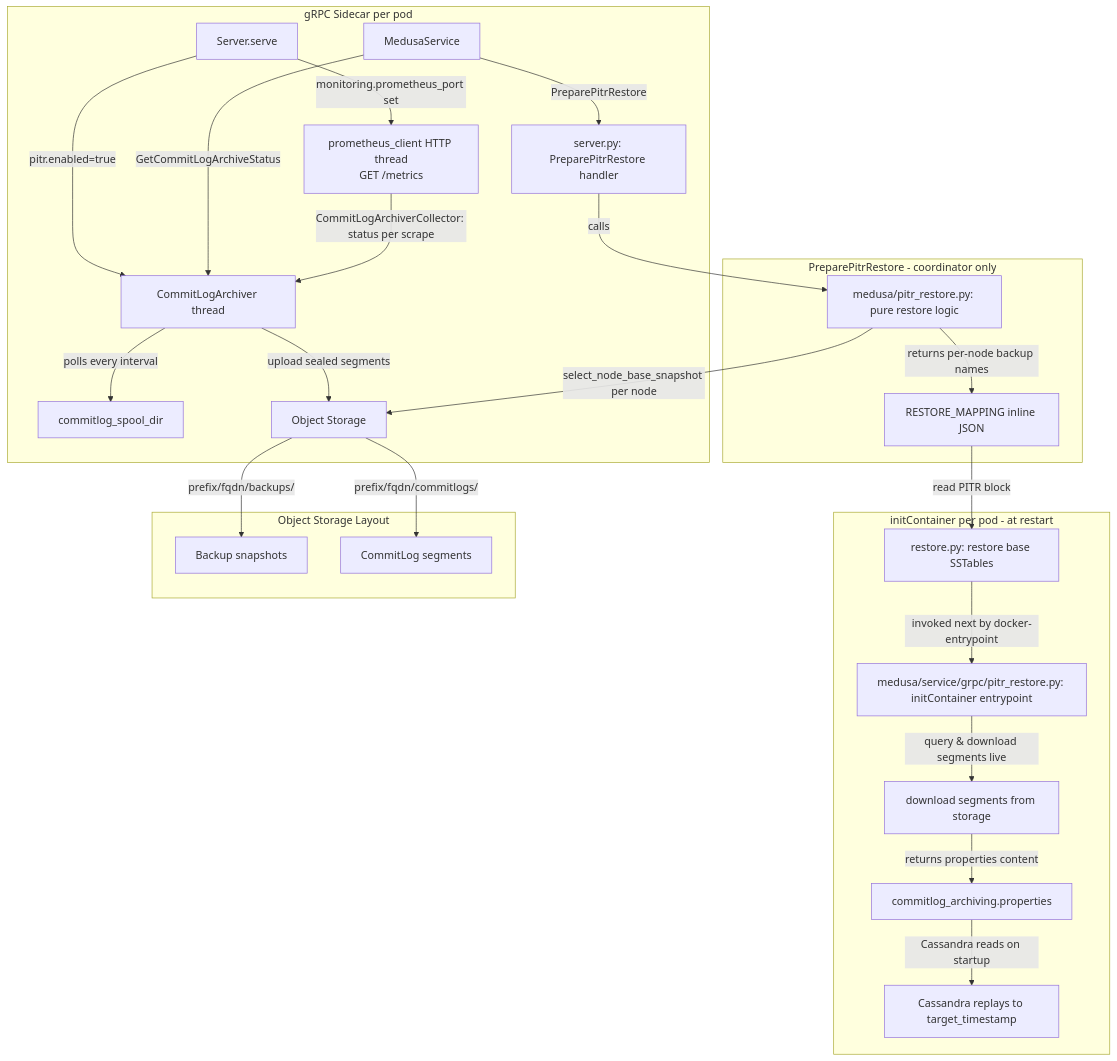
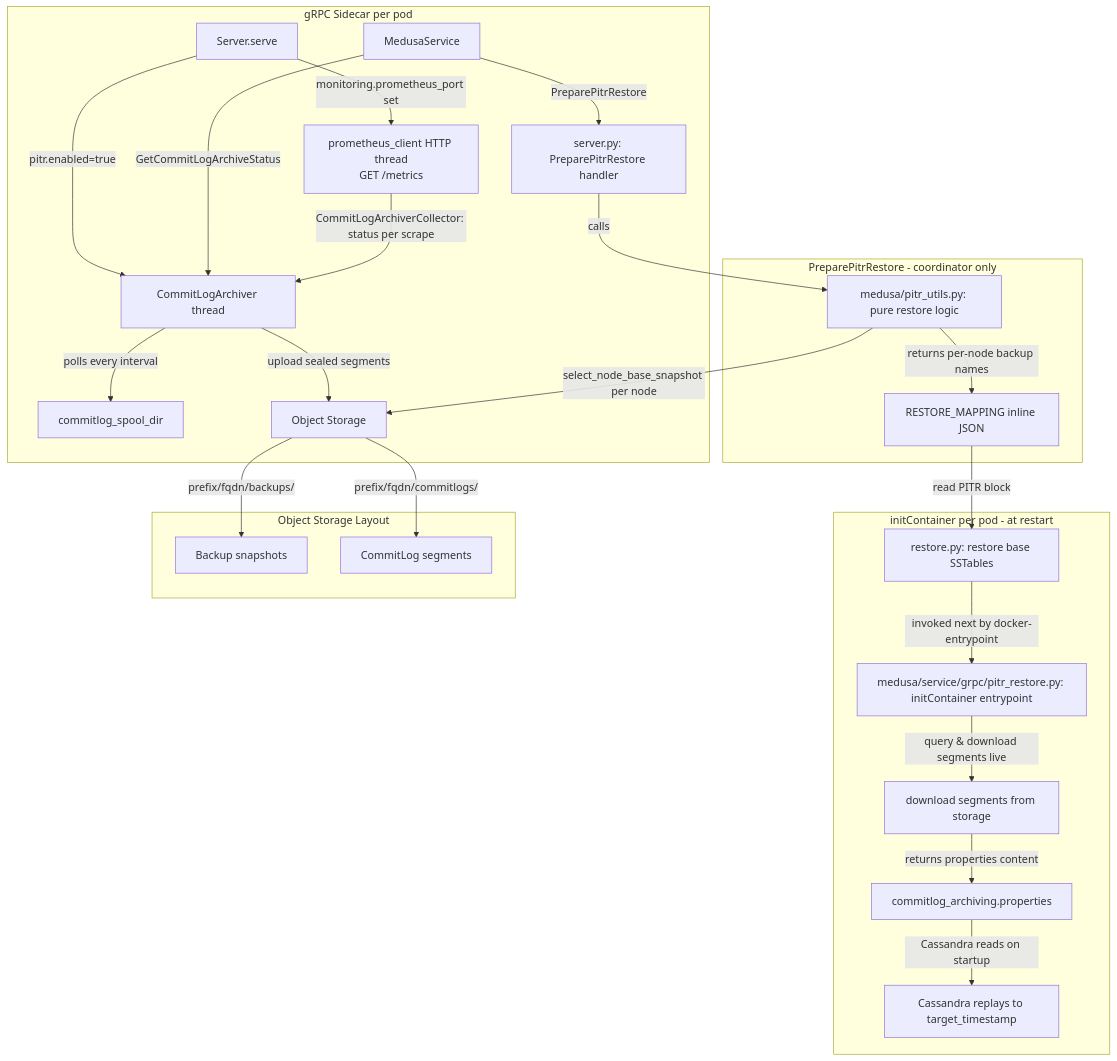
One commit to thelastpickle/cassandra-medusa changed the first of 2 diagrams in docs/superpowers/specs/pitr-design-doc.md. Above: the diagram before and after it, drawn with Mermaid. The commit also changed other lines of this file and 14 other files, not shown here.

Commit message:
implement PITR-10 restore entrypoint (#1069)

````diff
--- a/docs/superpowers/specs/pitr-design-doc.md
+++ b/docs/superpowers/specs/pitr-design-doc.md
@@ -100,31 +100,31 @@
 ```mermaid
 graph TD
     subgraph gRPC Sidecar per pod
         S[Server.serve] -->|pitr.enabled=true| A[CommitLogArchiver thread]
         A -->|polls every interval| CL[commitlog_spool_dir]
         A -->|upload sealed segments| OS[Object Storage]
         SVC[MedusaService] -->|GetCommitLogArchiveStatus| A
         SVC -->|PreparePitrRestore| RPC_HANDLER[server.py: PreparePitrRestore handler]
         S -->|monitoring.prometheus_port set| METRICS[prometheus_client HTTP thread<br/>GET /metrics]
         METRICS -->|CommitLogArchiverCollector: status per scrape| A
     end
 
     subgraph PreparePitrRestore - coordinator only
-        RPC_HANDLER -->|calls| PITR_MODULE[medusa/pitr_restore.py: pure restore logic]
+        RPC_HANDLER -->|calls| PITR_MODULE[medusa/pitr_utils.py: pure restore logic]
         PITR_MODULE -->|select_node_base_snapshot per node| OS
         PITR_MODULE -->|returns per-node backup names| RM[RESTORE_MAPPING inline JSON]
     end
 
     subgraph initContainer per pod - at restart
         RM -->|read PITR block| RC[restore.py: restore base SSTables]
         RC -->|invoked next by docker-entrypoint| PR[medusa/service/grpc/pitr_restore.py: initContainer entrypoint]
         PR -->|query & download segments live| DL[download segments from storage]
         DL -->|returns properties content| PROPS[commitlog_archiving.properties]
         PROPS -->|Cassandra reads on startup| CS[Cassandra replays to target_timestamp]
     end
 
     subgraph Object Storage Layout
         OS --> |prefix/fqdn/backups/| BK[Backup snapshots]
         OS --> |prefix/fqdn/commitlogs/| CLS[CommitLog segments]
     end
 ```
````
